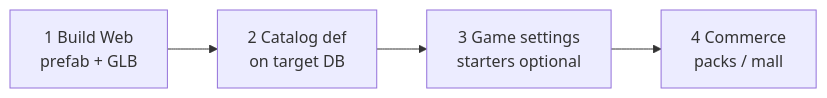
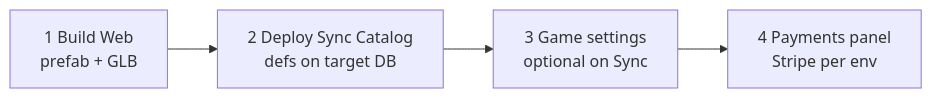
Before and after one commit to AlanGreyjoy/claudecitizen: the third of 4 diagrams in docs/docs/architecture/content-delivery.md, drawn with Mermaid. The commit also changed other lines of this file and 16 other files, not shown here.

````diff
--- a/docs/docs/architecture/content-delivery.md
+++ b/docs/docs/architecture/content-delivery.md
@@ -140,6 +142,6 @@
 ```mermaid
 flowchart LR
-  A["1 Build Web<br/>prefab + GLB"] --> B["2 Catalog def<br/>on target DB"]
-  B --> C["3 Game settings<br/>starters optional"]
-  C --> D["4 Commerce<br/>packs / mall"]
+  A["1 Build Web<br/>prefab + GLB"] --> B["2 Deploy Sync Catalog<br/>defs on target DB"]
+  B --> C["3 Game settings<br/>optional on Sync"]
+  C --> D["4 Payments panel<br/>Stripe per env"]
 ```
````
